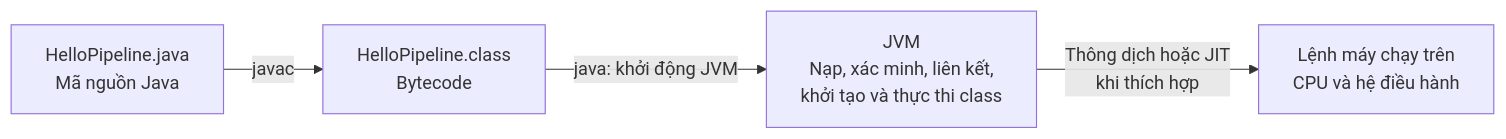
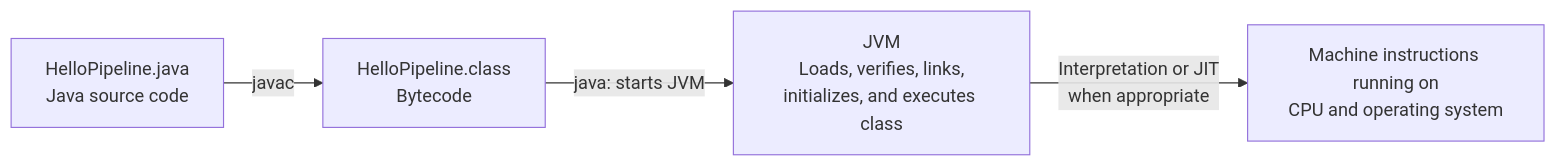
One commit to phuongnguyenit93/learning-platform-data changed the diagram in module/platform/development/programming/language/java/core/language-basics/content/knowledge/en/1.language-overview/language-overview-002.md. Above: the diagram before and after it, drawn with Mermaid. The commit also changed other lines of this file and 2307 other files, not shown here.

```diff
--- a/module/platform/development/programming/language/java/core/language-basics/content/knowledge/en/1.language-overview/language-overview-002.md
+++ b/module/platform/development/programming/language/java/core/language-basics/content/knowledge/en/1.language-overview/language-overview-002.md
@@ -14,6 +14,6 @@
 ~~~mermaid
 flowchart LR
-    SRC["HelloPipeline.java<br/>Mã nguồn Java"] -->|"javac"| CLS["HelloPipeline.class<br/>Bytecode"]
-    CLS -->|"java: khởi động JVM"| JVM["JVM<br/>Nạp, xác minh, liên kết,<br/>khởi tạo và thực thi class"]
-    JVM -->|"Thông dịch hoặc JIT<br/>khi thích hợp"| NATIVE["Lệnh máy chạy trên<br/>CPU và hệ điều hành"]
+    SRC["HelloPipeline.java<br/>Java source code"] -->|"javac"| CLS["HelloPipeline.class<br/>Bytecode"]
+    CLS -->|"java: starts JVM"| JVM["JVM<br/>Loads, verifies, links,<br/>initializes, and executes class"]
+    JVM -->|"Interpretation or JIT<br/>when appropriate"| NATIVE["Machine instructions running on<br/>CPU and operating system"]
 ~~~
```
